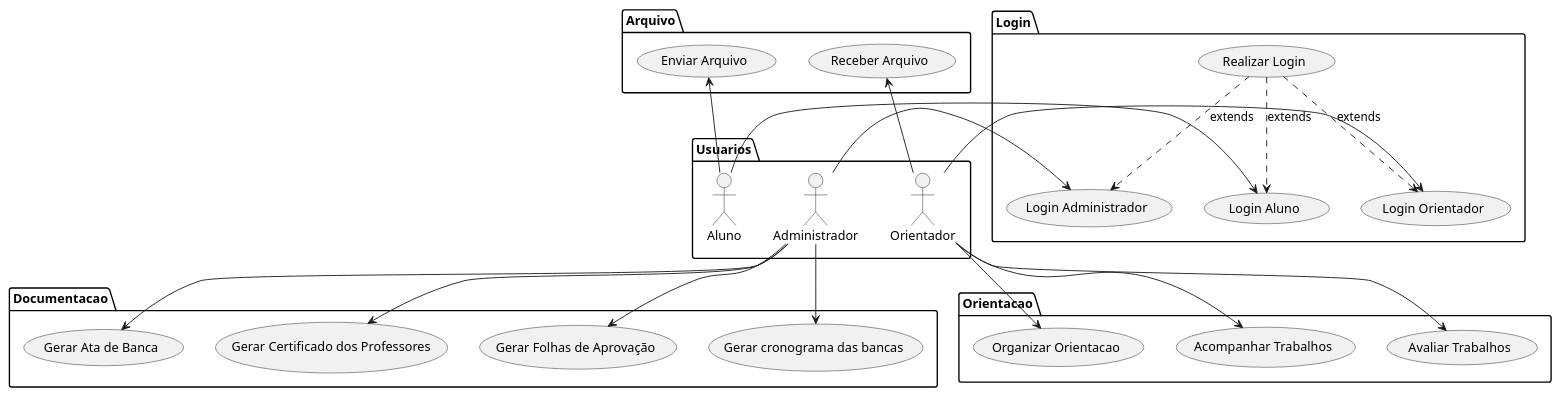
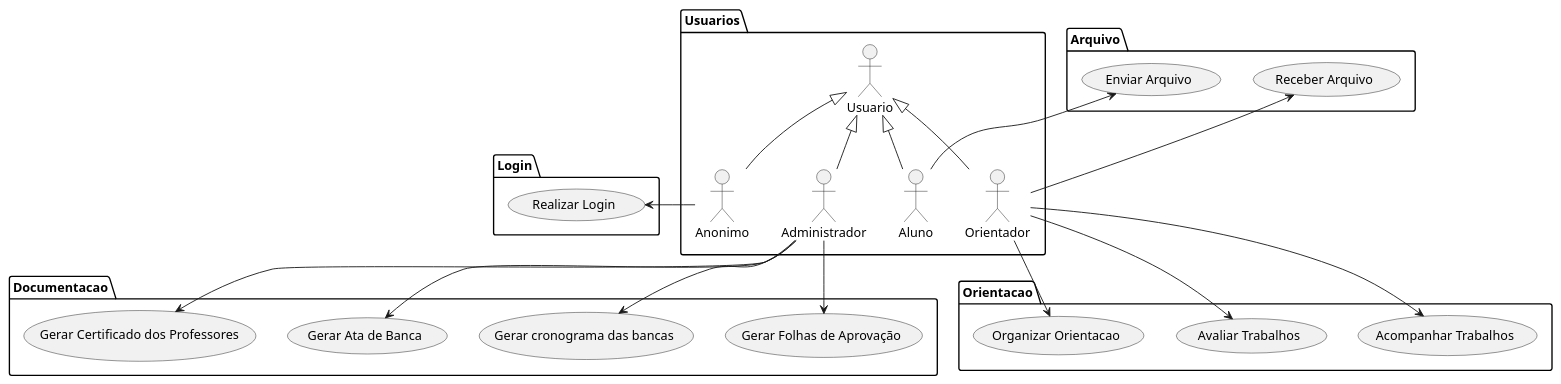
One commit to ProjetoEngSoftwareTCCs/ProjetoEngSoftware changed the diagram in reqs.md. Above: the diagram before and after it, drawn with PlantUML.

````diff
--- a/reqs.md
+++ b/reqs.md
@@ -21,46 +21,45 @@
 ```plantuml
 @startuml Login
 
 package Login{
     usecase "Realizar Login" as UC1
-    usecase "Login Orientador" as UC2
-    usecase "Login Aluno" as UC3
-    usecase "Login Administrador" as UC4
 }
 package Usuarios{
+    actor Usuario as usu
+    actor Anonimo as anon
     actor Administrador as admin
     actor Aluno as aluno
     actor Orientador as ori
 }
 package Orientacao{ 
     usecase "Organizar Orientacao" as UC5
     usecase "Acompanhar Trabalhos" as UC6
     usecase "Avaliar Trabalhos" as UC7
 }
 package Documentacao{
     usecase "Gerar Ata de Banca" as UC8
     usecase "Gerar Certificado dos Professores" as UC9
     usecase "Gerar Folhas de Aprovação" as UC10
     usecase "Gerar cronograma das bancas" as UC11
 }
 package Arquivo{
     usecase "Enviar Arquivo" as UC12
     usecase "Receber Arquivo" as UC13
 }
-UC1 ..> UC2 : extends
-UC1 ..> UC3 : extends
-UC1 ..> UC4 : extends
+
+usu <|-- anon
+usu <|-- admin
+usu <|-- aluno
+usu <|-- ori
+UC1 <- anon
 admin --> UC8
 admin --> UC9
 admin --> UC10
 admin --> UC11
-admin -> UC4
-aluno -> UC3
 UC12 <-- aluno
-ori -> UC2
 UC13 <-- ori
 ori --> UC5
 ori --> UC6
 ori --> UC7
 @enduml
 ```
````
